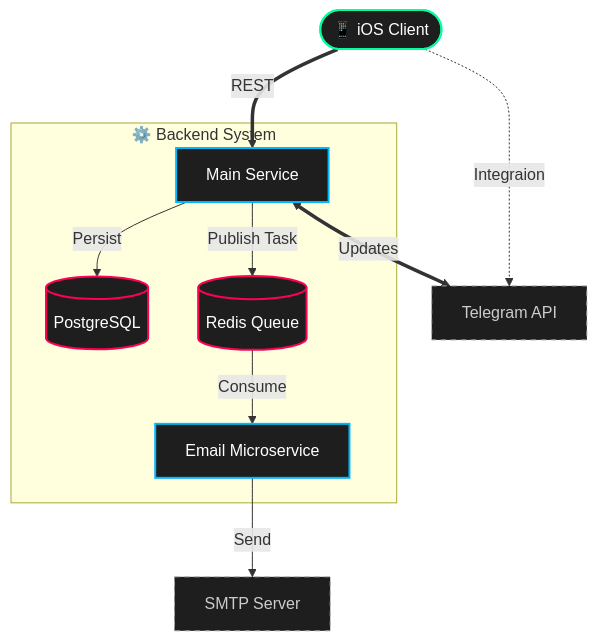
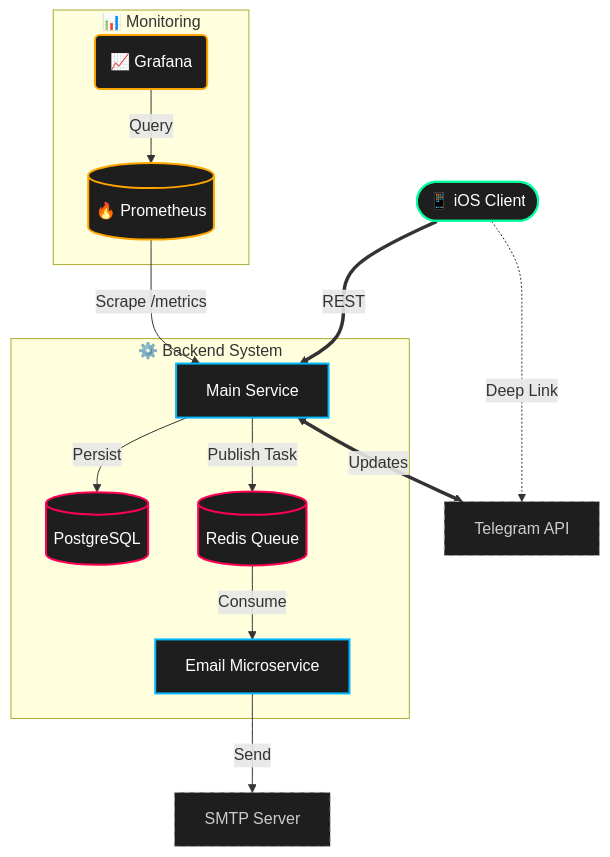
The diagram in README.md (Dreker052/productivity-app), drawn with Mermaid before and after one commit. The commit also changed other lines of this file and 1 other file, not shown here.

Commit message:
add observability to readme

````diff
--- a/README.md
+++ b/README.md
@@ -90,32 +105,41 @@
 ```mermaid
 graph TD
     %% Определение стилей
     classDef main fill:#1e1e1e,stroke:#00ff9d,stroke-width:2px,color:#fff;
     classDef secondary fill:#1e1e1e,stroke:#00b8ff,stroke-width:2px,color:#fff;
     classDef storage fill:#1e1e1e,stroke:#ff0055,stroke-width:2px,color:#fff;
     classDef ext fill:#1e1e1e,stroke:#aaaaaa,stroke-width:1px,color:#ccc,stroke-dasharray: 5 5;
+    classDef monitor fill:#1e1e1e,stroke:#ffa500,stroke-width:2px,color:#fff;
 
     %% Nodes
     iOS([📱 iOS Client]):::main
     
     subgraph Backend["⚙️ Backend System"]
         API[Main Service]:::secondary
         Worker[Email Microservice]:::secondary
         Postgres[(PostgreSQL)]:::storage
         Redis[(Redis Queue)]:::storage
     end
     
+    subgraph Observability["📊 Monitoring"]
+        Prometheus[(🔥 Prometheus)]:::monitor
+        Grafana(📈 Grafana):::monitor
+    end
+    
     Telegram[Telegram API]:::ext
     Gmail[SMTP Server]:::ext
 
     %% Edges
     iOS ==>|REST| API
-    iOS -.->|Integraion| Telegram
+    iOS -.->|Deep Link| Telegram
     
     API <==>|Updates| Telegram
     API -->|Persist| Postgres
     API -->|Publish Task| Redis
     
     Redis -->|Consume| Worker
     Worker -->|Send| Gmail
+    
+    Prometheus -->|Scrape /metrics| API
+    Grafana -->|Query| Prometheus
 ```
````
